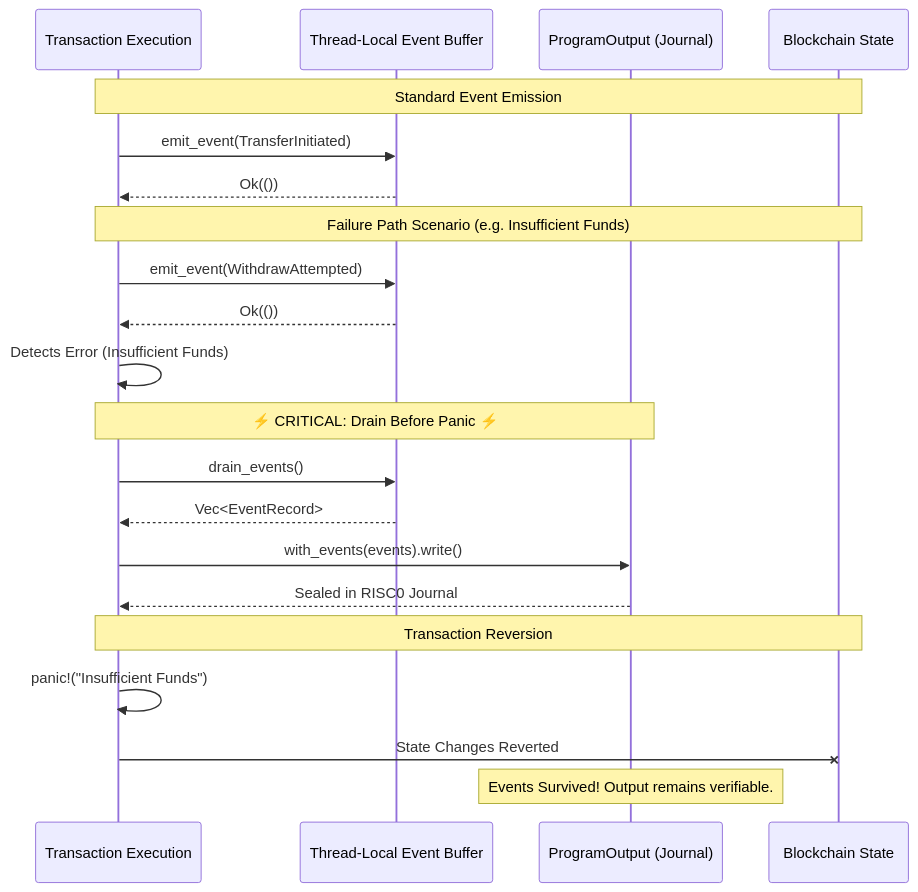
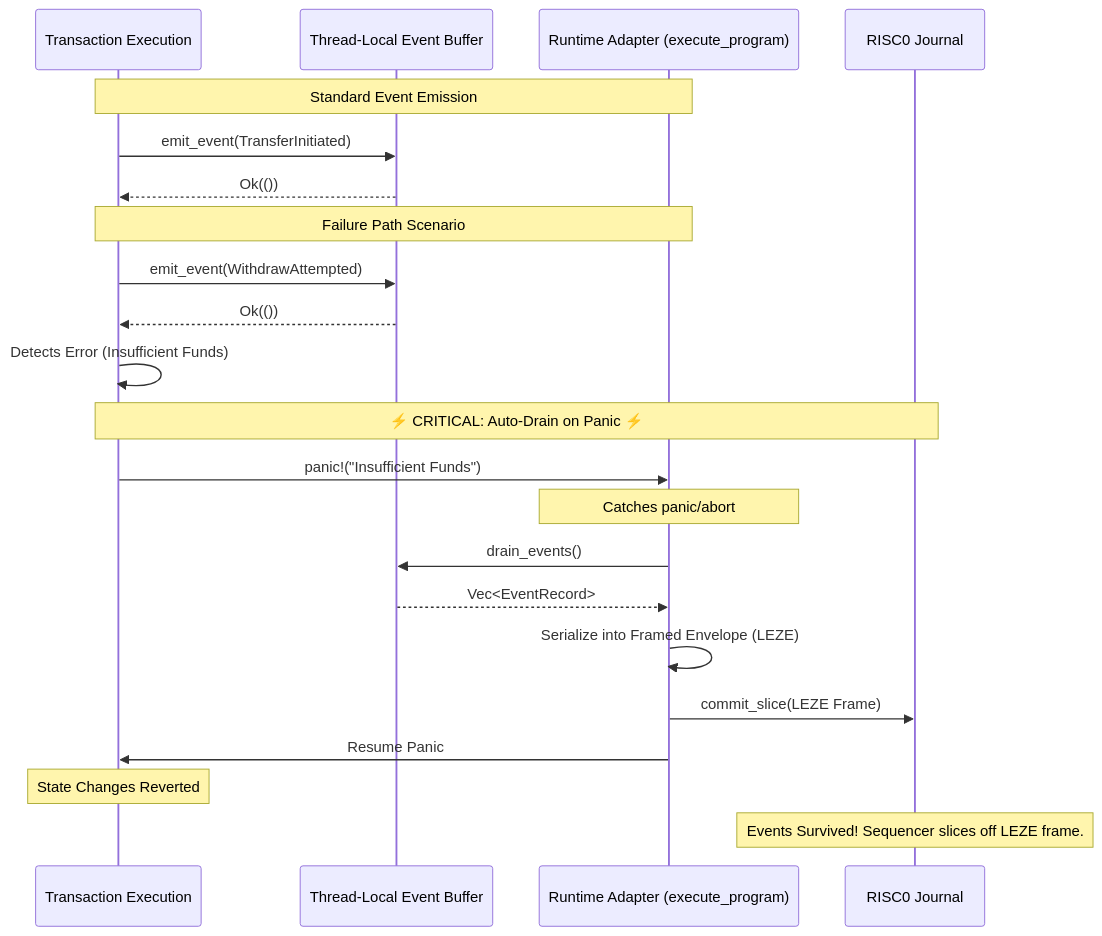
The diagram in README.md (pramadanif/lez-event-system), drawn with Mermaid before and after one commit. The commit also changed other lines of this file and 27 other files, not shown here.

Commit message:
feat: introduce lez-events-runtime to automate event flushing on panics and update event encoding with schema hashes.

````diff
--- a/README.md
+++ b/README.md
@@ -22,28 +24,28 @@
 ```mermaid
 sequenceDiagram
     participant Tx as Transaction Execution
     participant Buffer as Thread-Local Event Buffer
-    participant Output as ProgramOutput (Journal)
-    participant State as Blockchain State
+    participant Runtime as Runtime Adapter (execute_program)
+    participant Output as RISC0 Journal
 
-    Note over Tx,State: Standard Event Emission
+    Note over Tx,Runtime: Standard Event Emission
     Tx->>Buffer: emit_event(TransferInitiated)
     Buffer-->>Tx: Ok(())
     
-    Note over Tx,State: Failure Path Scenario (e.g. Insufficient Funds)
+    Note over Tx,Runtime: Failure Path Scenario
     Tx->>Buffer: emit_event(WithdrawAttempted)
     Buffer-->>Tx: Ok(())
     Tx->>Tx: Detects Error (Insufficient Funds)
     
-    Note over Tx,Output: ⚡ CRITICAL: Drain Before Panic ⚡
-    Tx->>Buffer: drain_events()
-    Buffer-->>Tx: Vec<EventRecord>
-    Tx->>Output: with_events(events).write()
-    Output-->>Tx: Sealed in RISC0 Journal
+    Note over Tx,Output: ⚡ CRITICAL: Auto-Drain on Panic ⚡
+    Tx->>Runtime: panic!("Insufficient Funds")
+    Note over Runtime: Catches panic/abort
+    Runtime->>Buffer: drain_events()
+    Buffer-->>Runtime: Vec<EventRecord>
+    Runtime->>Runtime: Serialize into Framed Envelope (LEZE)
+    Runtime->>Output: commit_slice(LEZE Frame)
+    Runtime->>Tx: Resume Panic
     
-    Note over Tx,State: Transaction Reversion
-    Tx->>Tx: panic!("Insufficient Funds")
-    Tx-xState: State Changes Reverted
-    
-    Note over Output: Events Survived! Output remains verifiable.
+    Note over Tx,Tx: State Changes Reverted
+    Note over Output: Events Survived! Sequencer slices off LEZE frame.
 ```
````
